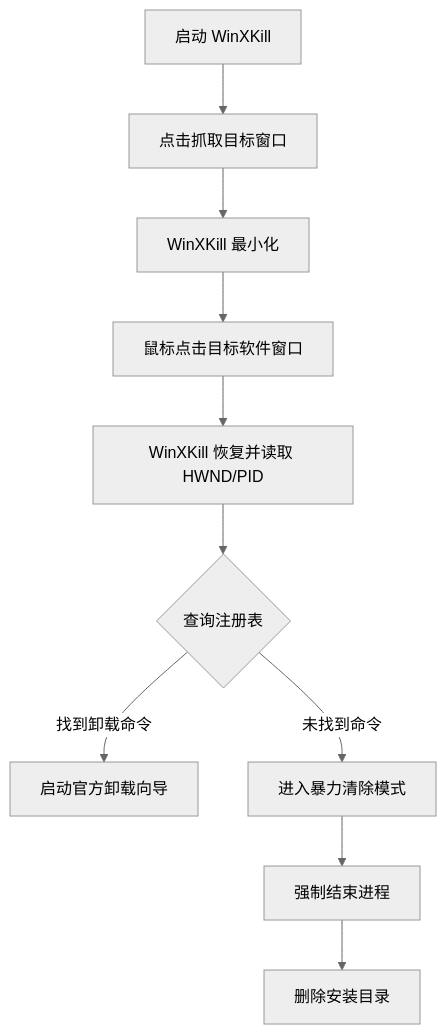
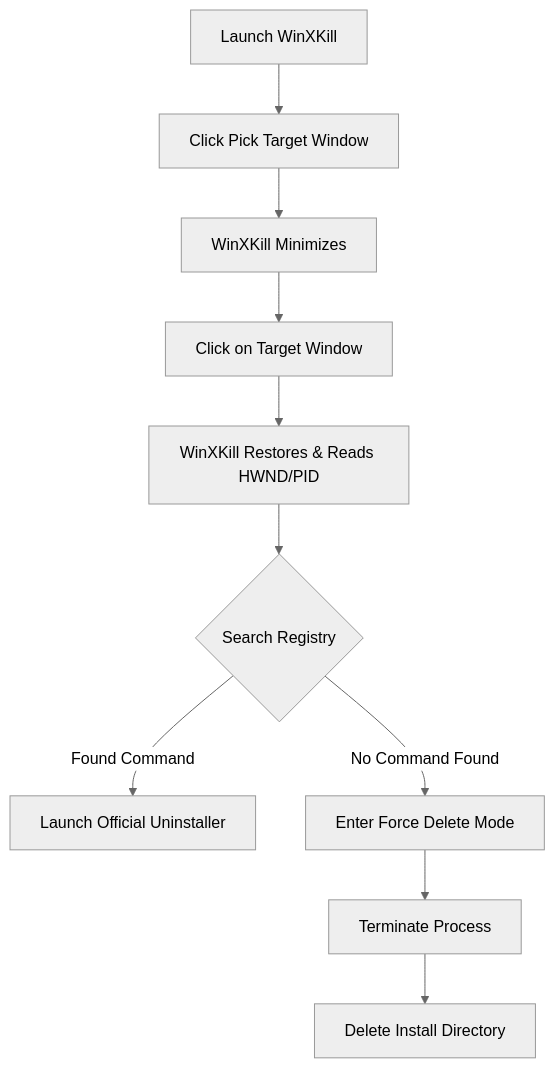
Before and after one commit to askxiaozhang/VisualUninstaller: the diagram in README.md, drawn with Mermaid (neutral theme). The commit also changed other lines of this file and 3 other files, not shown here.

````diff
--- a/README.md
+++ b/README.md
@@ -19,12 +28,12 @@
 ```mermaid
 graph TD
-    A[启动 WinXKill] --> B[点击抓取目标窗口]
-    B --> C[WinXKill 最小化]
-    C --> D[鼠标点击目标软件窗口]
-    D --> E[WinXKill 恢复并读取 HWND/PID]
-    E --> F{查询注册表}
-    F -->|找到卸载命令| G[启动官方卸载向导]
-    F -->|未找到命令| H[进入暴力清除模式]
-    H --> I[强制结束进程]
-    I --> J[删除安装目录]
+    A[Launch WinXKill] --> B[Click Pick Target Window]
+    B --> C[WinXKill Minimizes]
+    C --> D[Click on Target Window]
+    D --> E[WinXKill Restores & Reads HWND/PID]
+    E --> F{Search Registry}
+    F -->|Found Command| G[Launch Official Uninstaller]
+    F -->|No Command Found| H[Enter Force Delete Mode]
+    H --> I[Terminate Process]
+    I --> J[Delete Install Directory]
 ```
````
